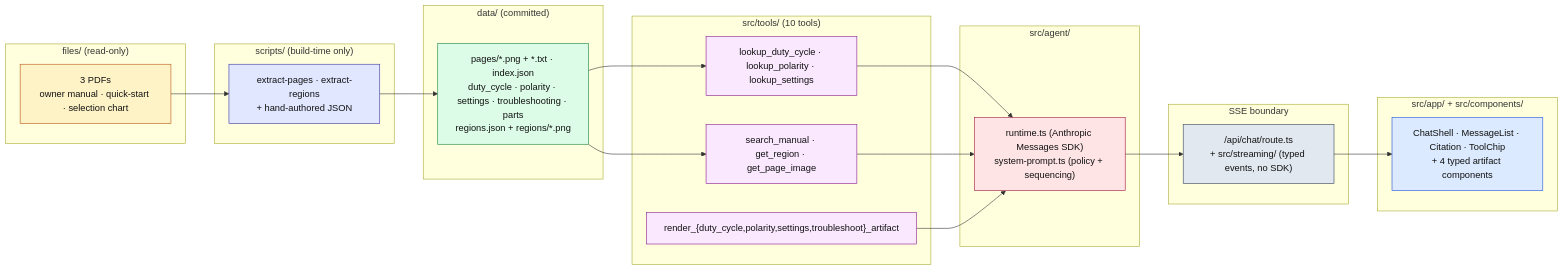
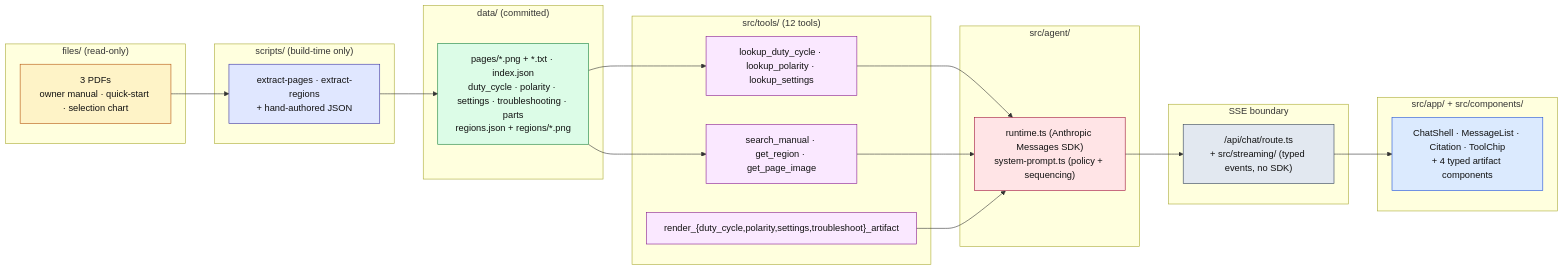
Before and after one commit to koushikpb/prox-challenge: the diagram in README.md, drawn with Mermaid. The commit also changed other lines of this file and 3 other files, not shown here.

````diff
--- a/README.md
+++ b/README.md
@@ -15,54 +15,54 @@
 ```mermaid
 flowchart LR
   classDef src fill:#fef3c7,stroke:#b45309,color:#111
   classDef ext fill:#e0e7ff,stroke:#3730a3,color:#111
   classDef data fill:#dcfce7,stroke:#15803d,color:#111
   classDef tool fill:#fae8ff,stroke:#86198f,color:#111
   classDef agent fill:#ffe4e6,stroke:#9f1239,color:#111
   classDef stream fill:#e2e8f0,stroke:#334155,color:#111
   classDef ui fill:#dbeafe,stroke:#1d4ed8,color:#111
 
   subgraph S["files/ (read-only)"]
     PDFs["3 PDFs<br/>owner manual · quick-start · selection chart"]
   end
   class PDFs src
 
   subgraph E["scripts/ (build-time only)"]
     EX["extract-pages · extract-regions<br/>+ hand-authored JSON"]
   end
   class EX ext
 
   subgraph D["data/ (committed)"]
     DATA["pages/*.png + *.txt · index.json<br/>duty_cycle · polarity · settings · troubleshooting · parts<br/>regions.json + regions/*.png"]
   end
   class DATA data
 
-  subgraph T["src/tools/ (10 tools)"]
+  subgraph T["src/tools/ (12 tools)"]
     T1["lookup_duty_cycle · lookup_polarity · lookup_settings"]
     T2["search_manual · get_region · get_page_image"]
     T3["render_{duty_cycle,polarity,settings,troubleshoot}_artifact"]
   end
   class T1,T2,T3 tool
 
   subgraph A["src/agent/"]
     AG["runtime.ts (Anthropic Messages SDK)<br/>system-prompt.ts (policy + sequencing)"]
   end
   class AG agent
 
   subgraph SSE["SSE boundary"]
     R["/api/chat/route.ts<br/>+ src/streaming/ (typed events, no SDK)"]
   end
   class R stream
 
   subgraph U["src/app/ + src/components/"]
     UI["ChatShell · MessageList · Citation · ToolChip<br/>+ 4 typed artifact components"]
   end
   class UI ui
 
   PDFs --> EX --> DATA --> T1
   DATA --> T2
   T1 --> AG
   T2 --> AG
   T3 --> AG
   AG --> R --> UI
 ```
````
